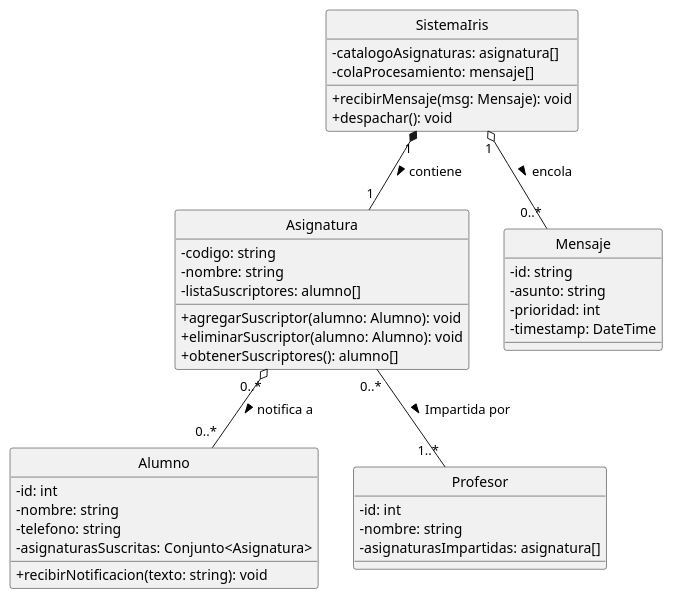
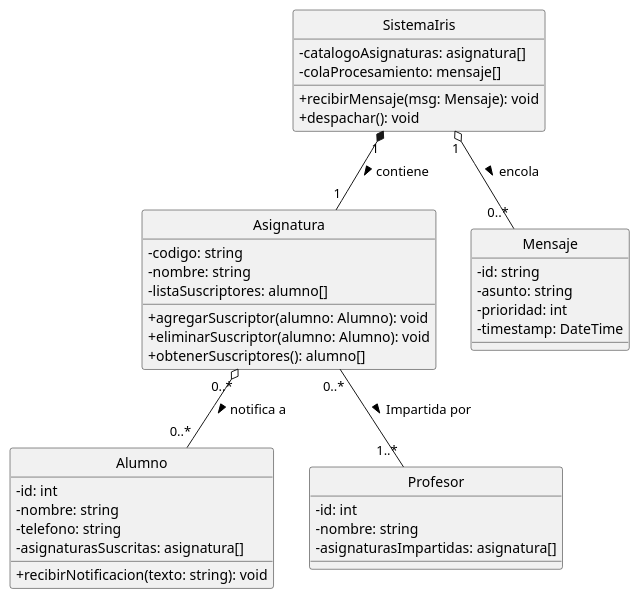
One commit to mmasias/25-26-EDA1 changed the diagram in entregas/gonzalezMarcos/documentosUML/entidadesPrincipales.puml. Above: the diagram before and after it, drawn with PlantUML. The commit also changed 1 other file, not shown here.

```diff
--- a/entregas/gonzalezMarcos/documentosUML/entidadesPrincipales.puml
+++ b/entregas/gonzalezMarcos/documentosUML/entidadesPrincipales.puml
@@ -1,51 +1,51 @@
 @startuml entidadesPrincipales
 skinparam classAttributeIconSize 0
 skinparam monochrome true
 hide circle
 
 class "SistemaIris" as Sistema {
     ' Diccionario para acceso O(1) por código
     - catalogoAsignaturas: asignatura[]
     - colaProcesamiento: mensaje[]
     + recibirMensaje(msg: Mensaje): void
     + despachar(): void
 }
 
 class Alumno {
     - id: int
     - nombre: string
     - telefono: string
     ' HashSet para evitar duplicados y búsqueda rápida O(1)
-    - asignaturasSuscritas: Conjunto<Asignatura> 
+    - asignaturasSuscritas: asignatura[]
     + recibirNotificacion(texto: string): void
 }
 
 class Asignatura {
     - codigo: string
     - nombre: string
     ' LinkedList para iteración eficiente o HashSet para unicidad
     - listaSuscriptores: alumno[]
     + agregarSuscriptor(alumno: Alumno): void
     + eliminarSuscriptor(alumno: Alumno): void
     + obtenerSuscriptores(): alumno[]
 }
 
 class Profesor {
     - id: int 
     - nombre: string 
     - asignaturasImpartidas: asignatura[]
 }
 
 class Mensaje {
     - id: string
     - asunto: string
     - prioridad: int
     - timestamp: DateTime
 }
 
 Sistema "1" *-- "1" Asignatura : contiene >
 Sistema "1" o-- "0..*" Mensaje : encola >
 Asignatura "0..*" o-- "0..*" Alumno : notifica a >
 Asignatura "0..*" -- "1..*" Profesor : Impartida por >
 
 @enduml
```
